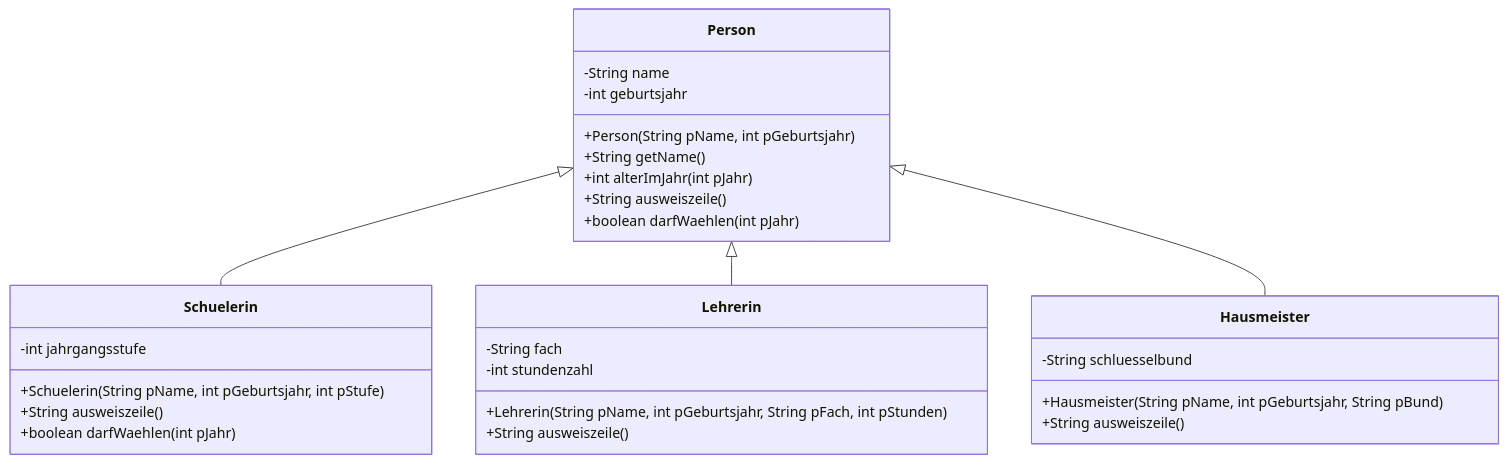
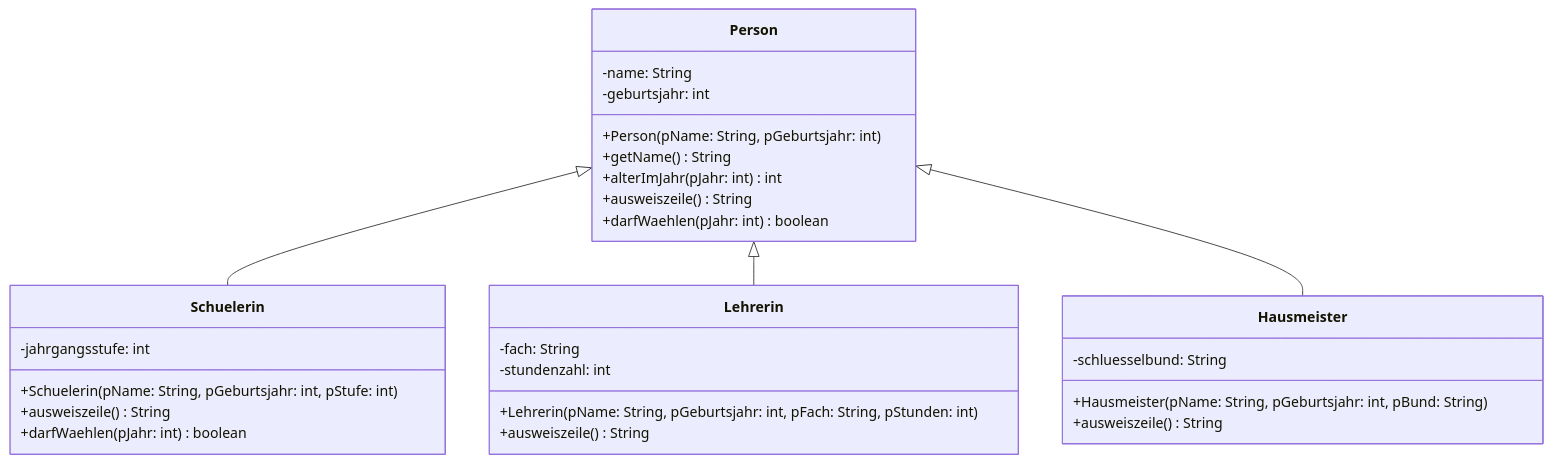
The diagram in book/oberstufe/oop/02-erweiterungen/01-vertiefte-objektorientierung/03-generalisierung-und-spezialisierung.md (openpatch/hyperbook-informatik), drawn with Mermaid before and after one commit. The commit also changed 19 other files, not shown here.

Commit message:
richtige implementationsdiagramme

````diff
--- a/book/oberstufe/oop/02-erweiterungen/01-vertiefte-objektorientierung/03-generalisierung-und-spezialisierung.md
+++ b/book/oberstufe/oop/02-erweiterungen/01-vertiefte-objektorientierung/03-generalisierung-und-spezialisierung.md
@@ -323,32 +323,32 @@
 ```mermaid
 classDiagram
     class Person {
-        -String name
-        -int geburtsjahr
-        +Person(String pName, int pGeburtsjahr)
-        +String getName()
-        +int alterImJahr(int pJahr)
-        +String ausweiszeile()
-        +boolean darfWaehlen(int pJahr)
+        -name: String
+        -geburtsjahr: int
+        +Person(pName: String, pGeburtsjahr: int)
+        +getName() String
+        +alterImJahr(pJahr: int) int
+        +ausweiszeile() String
+        +darfWaehlen(pJahr: int) boolean
     }
     class Schuelerin {
-        -int jahrgangsstufe
-        +Schuelerin(String pName, int pGeburtsjahr, int pStufe)
-        +String ausweiszeile()
-        +boolean darfWaehlen(int pJahr)
+        -jahrgangsstufe: int
+        +Schuelerin(pName: String, pGeburtsjahr: int, pStufe: int)
+        +ausweiszeile() String
+        +darfWaehlen(pJahr: int) boolean
     }
     class Lehrerin {
-        -String fach
-        -int stundenzahl
-        +Lehrerin(String pName, int pGeburtsjahr, String pFach, int pStunden)
-        +String ausweiszeile()
+        -fach: String
+        -stundenzahl: int
+        +Lehrerin(pName: String, pGeburtsjahr: int, pFach: String, pStunden: int)
+        +ausweiszeile() String
     }
     class Hausmeister {
-        -String schluesselbund
-        +Hausmeister(String pName, int pGeburtsjahr, String pBund)
-        +String ausweiszeile()
+        -schluesselbund: String
+        +Hausmeister(pName: String, pGeburtsjahr: int, pBund: String)
+        +ausweiszeile() String
     }
     Person <|-- Schuelerin
     Person <|-- Lehrerin
     Person <|-- Hausmeister
 ```
````
